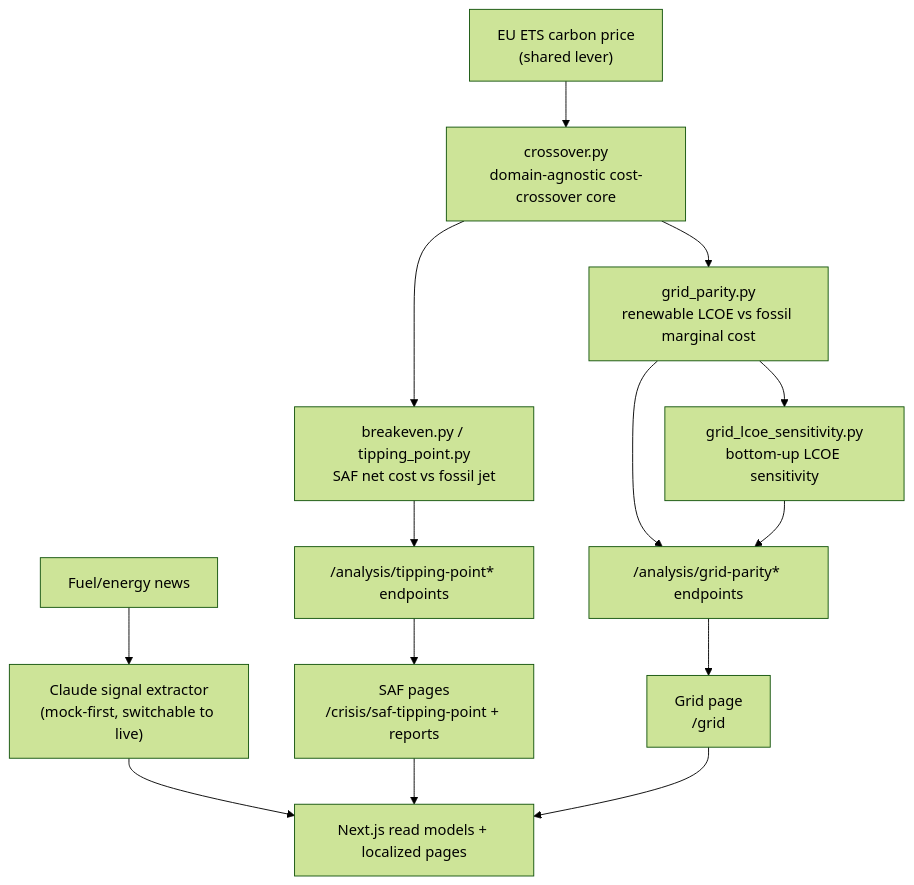
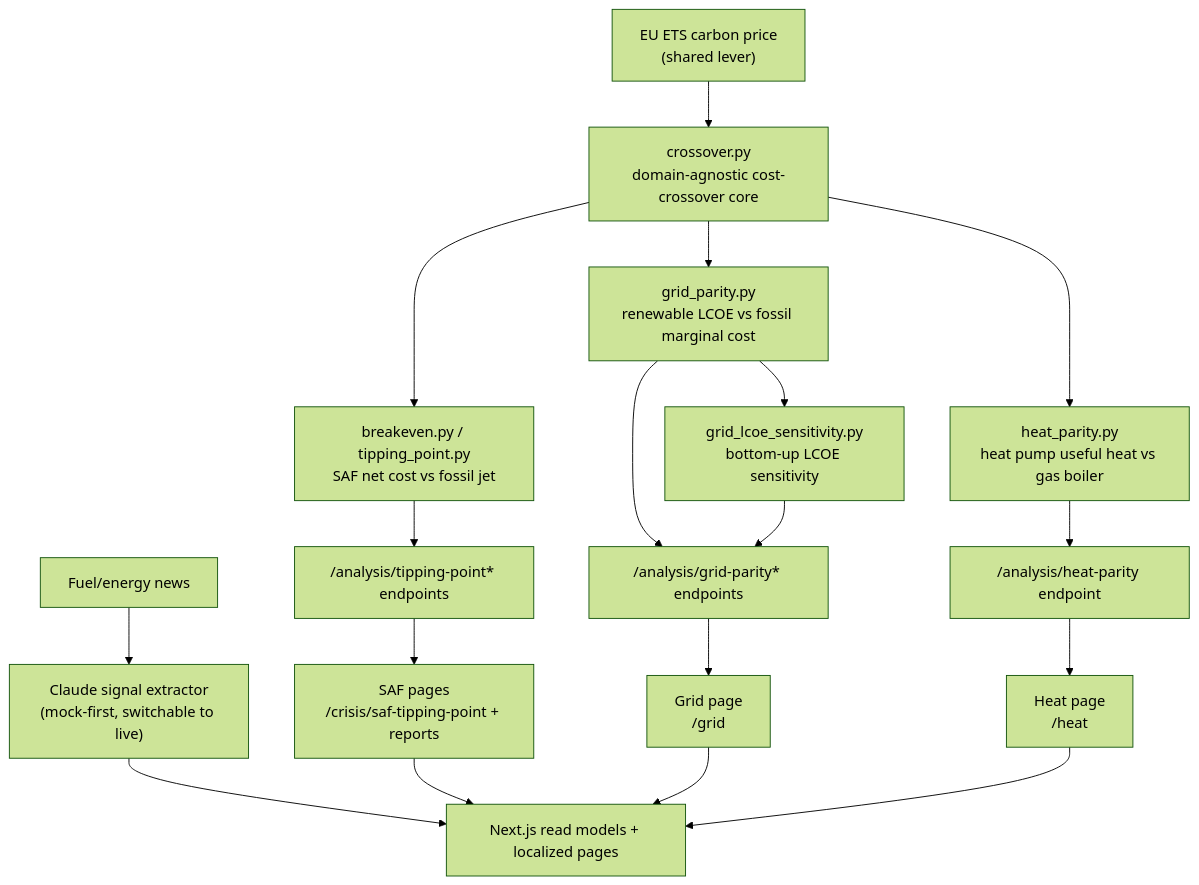
Before and after one commit to wyl2607/jetscope: the diagram in README.md, drawn with Mermaid (forest theme). The commit also changed other lines of this file and 3 other files, not shown here.

````diff
--- a/README.md
+++ b/README.md
@@ -66,17 +67,21 @@
 ```mermaid
 graph TD
     CO2["EU ETS carbon price<br/>(shared lever)"] --> CROSS
     CROSS["crossover.py<br/>domain-agnostic cost-crossover core"]
     CROSS --> SAFCORE["breakeven.py / tipping_point.py<br/>SAF net cost vs fossil jet"]
     CROSS --> GRIDCORE["grid_parity.py<br/>renewable LCOE vs fossil marginal cost"]
+    CROSS --> HEATCORE["heat_parity.py<br/>heat pump useful heat vs gas boiler"]
     GRIDCORE --> LCOE["grid_lcoe_sensitivity.py<br/>bottom-up LCOE sensitivity"]
     SAFCORE --> SAFAPI["/analysis/tipping-point* endpoints"]
     GRIDCORE --> GRIDAPI["/analysis/grid-parity* endpoints"]
+    HEATCORE --> HEATAPI["/analysis/heat-parity endpoint"]
     LCOE --> GRIDAPI
     SAFAPI --> SAFWEB["SAF pages<br/>/crisis/saf-tipping-point + reports"]
     GRIDAPI --> GRIDWEB["Grid page<br/>/grid"]
+    HEATAPI --> HEATWEB["Heat page<br/>/heat"]
     NEWS["Fuel/energy news"] --> AI["Claude signal extractor<br/>(mock-first, switchable to live)"]
     AI --> WEB["Next.js read models + localized pages"]
     SAFWEB --> WEB
     GRIDWEB --> WEB
+    HEATWEB --> WEB
 ```
````
